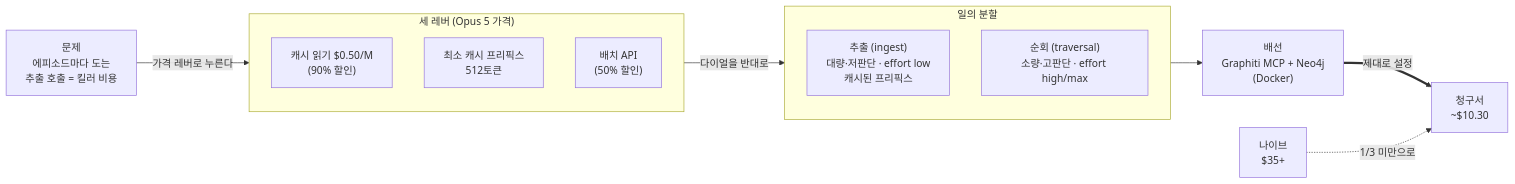
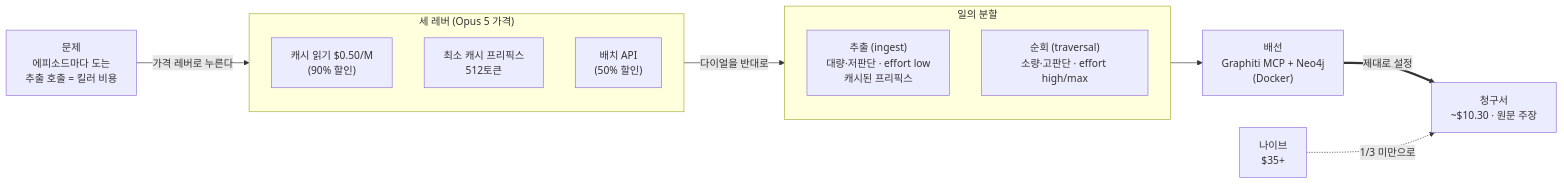
Before and after one commit to orchwang/orchwang.github.io: the diagram in _posts/Articles/AI-Engineering/2026-08-01-graph-engineering-with-opus-5.md, drawn with Mermaid. The commit also changed other lines of this file and 2 other files, not shown here.

````diff
--- a/_posts/Articles/AI-Engineering/2026-08-01-graph-engineering-with-opus-5.md
+++ b/_posts/Articles/AI-Engineering/2026-08-01-graph-engineering-with-opus-5.md
@@ -114,27 +114,27 @@
 ```mermaid
 flowchart LR
     P["문제<br/>에피소드마다 도는<br/>추출 호출 = 킬러 비용"]
 
     subgraph LV["세 레버 (Opus 5 가격)"]
         direction TB
         L1["캐시 읽기 $0.50/M<br/>(90% 할인)"]
         L2["최소 캐시 프리픽스<br/>512토큰"]
         L3["배치 API<br/>(50% 할인)"]
     end
 
     subgraph SP["일의 분할"]
         direction TB
         S1["추출 (ingest)<br/>대량·저판단 · effort low<br/>캐시된 프리픽스"]
         S2["순회 (traversal)<br/>소량·고판단 · effort high/max"]
     end
 
     W["배선<br/>Graphiti MCP + Neo4j<br/>(Docker)"]
-    B2["청구서<br/>~$10.30"]
+    B2["청구서<br/>~$10.30 · 원문 주장"]
     B1["나이브<br/>$35+"]
 
     P -->|"가격 레버로 누른다"| LV
     LV -->|"다이얼을 반대로"| SP
     SP --> W
     W ==>|"제대로 설정"| B2
     B1 -.->|"1/3 미만으로"| B2
 ```
````
